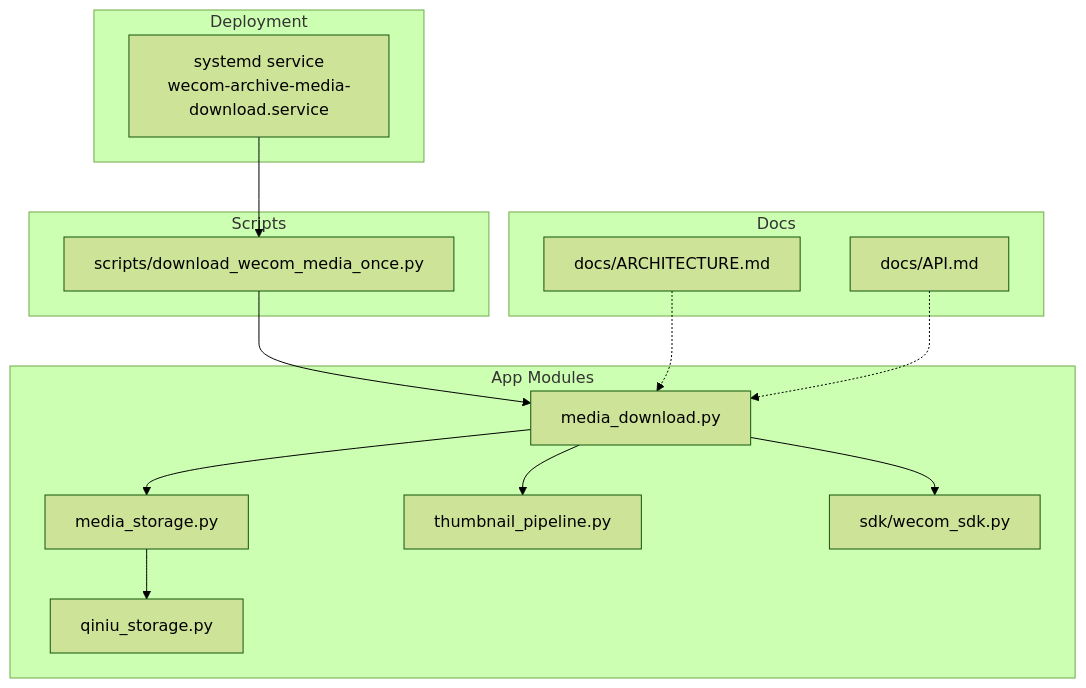
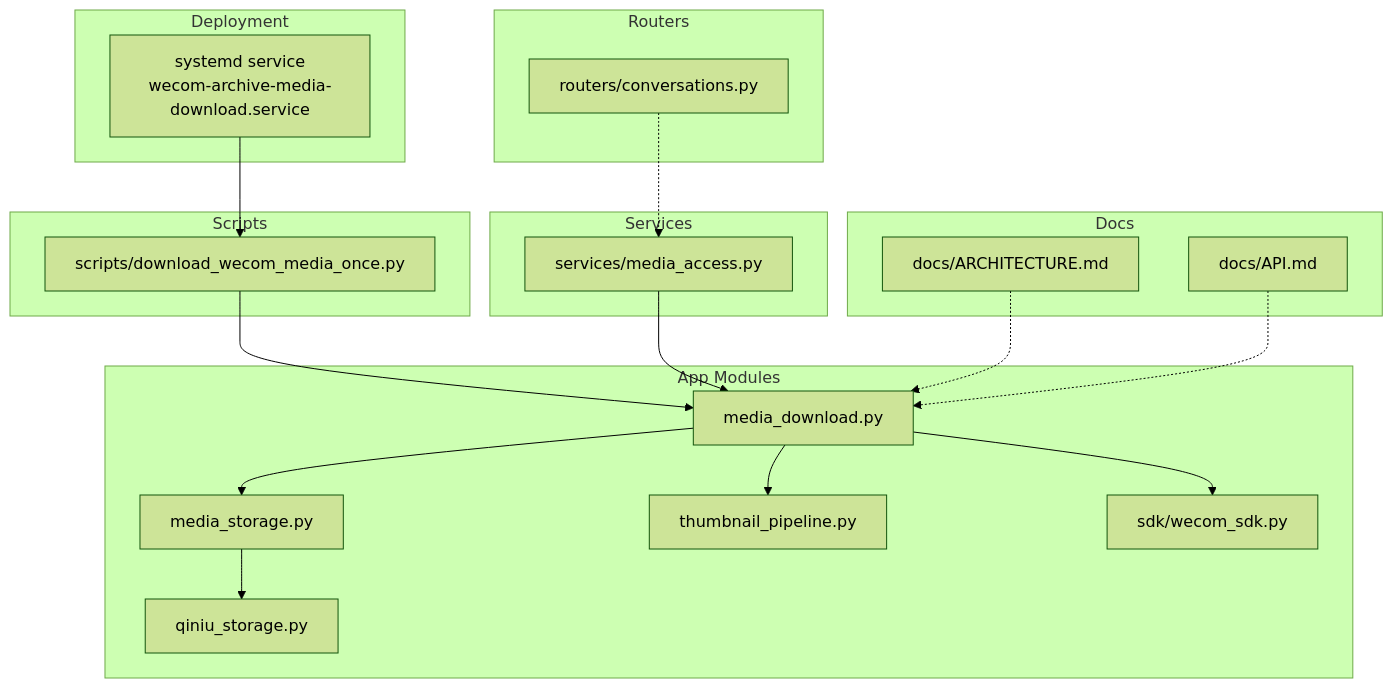
One commit to zuohaisu/wecom-archive changed the first of 10 diagrams in .qoder/repowiki/en/content/Architecture/Storage Abstraction Layer/Media Download Pipeline.md. Above: the diagram before and after it, drawn with Mermaid (forest theme). The commit also changed other lines of this file and 84 other files, not shown here.

````diff
--- a/.qoder/repowiki/en/content/Architecture/Storage Abstraction Layer/Media Download Pipeline.md
+++ b/.qoder/repowiki/en/content/Architecture/Storage Abstraction Layer/Media Download Pipeline.md
@@ -39,28 +50,36 @@
 ```mermaid
 graph TB
 subgraph "App Modules"
 MD["media_download.py"]
 MS["media_storage.py"]
 QS["qiniu_storage.py"]
 TP["thumbnail_pipeline.py"]
 SDK["sdk/wecom_sdk.py"]
+end
+subgraph "Services"
+MAS["services/media_access.py"]
+end
+subgraph "Routers"
+CR["routers/conversations.py"]
 end
 subgraph "Scripts"
 DWO["scripts/download_wecom_media_once.py"]
 end
 subgraph "Deployment"
 Svc["systemd service<br/>wecom-archive-media-download.service"]
 end
 subgraph "Docs"
 Arch["docs/ARCHITECTURE.md"]
 Api["docs/API.md"]
 end
 DWO --> MD
 MD --> SDK
 MD --> MS
 MS --> QS
 MD --> TP
+MAS --> MD
+CR -.-> MAS
 Svc --> DWO
 Arch -.-> MD
 Api -.-> MD
 ```
````
